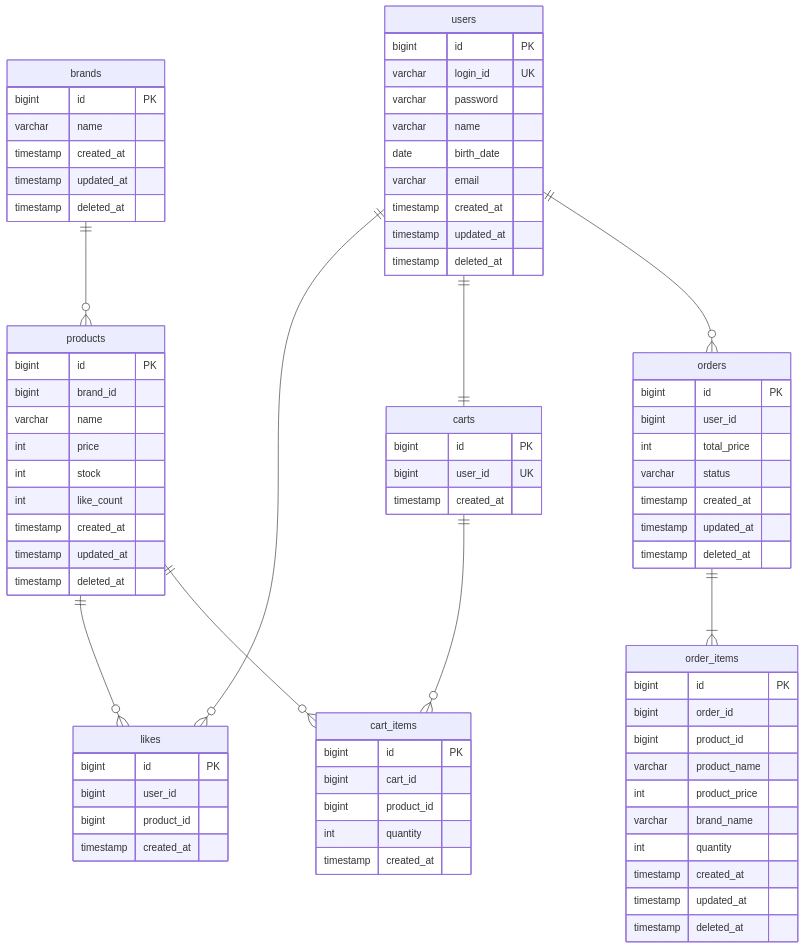
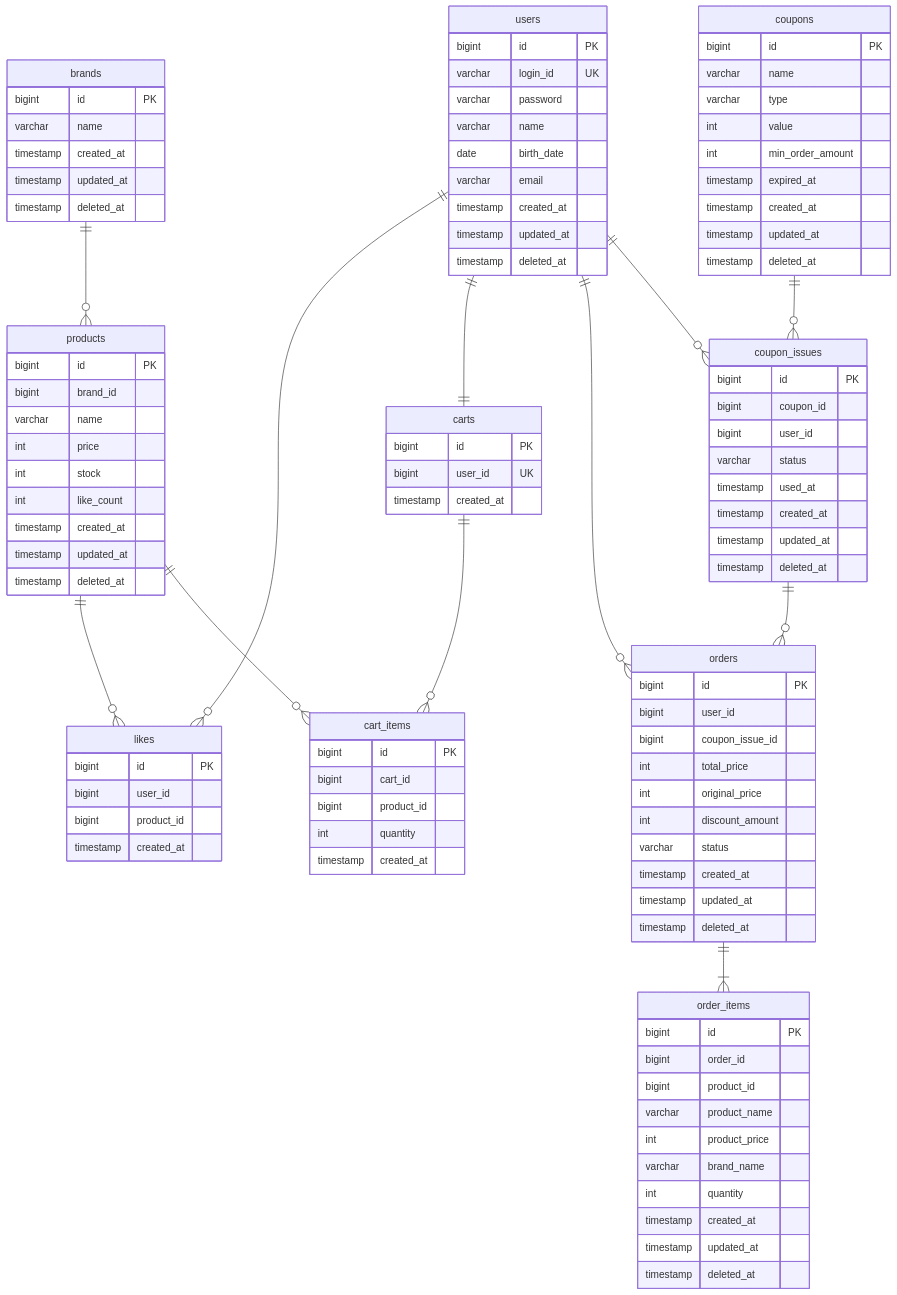
Before and after one commit to Loopers-dev-lab/loop-pack-be-l2-vol3-java: the diagram in .docs/04-erd.md, drawn with Mermaid. The commit also changed other lines of this file and 4 other files, not shown here.

````diff
--- a/.docs/04-erd.md
+++ b/.docs/04-erd.md
@@ -61,10 +61,36 @@
         timestamp created_at
     }
 
+    coupons {
+        bigint id PK
+        varchar name
+        varchar type
+        int value
+        int min_order_amount
+        timestamp expired_at
+        timestamp created_at
+        timestamp updated_at
+        timestamp deleted_at
+    }
+
+    coupon_issues {
+        bigint id PK
+        bigint coupon_id
+        bigint user_id
+        varchar status
+        timestamp used_at
+        timestamp created_at
+        timestamp updated_at
+        timestamp deleted_at
+    }
+
     orders {
         bigint id PK
         bigint user_id
+        bigint coupon_issue_id
         int total_price
+        int original_price
+        int discount_amount
         varchar status
         timestamp created_at
         timestamp updated_at
@@ -92,4 +118,7 @@
     products ||--o{ cart_items : ""
     users ||--o{ orders : ""
     orders ||--|{ order_items : ""
+    coupons ||--o{ coupon_issues : ""
+    users ||--o{ coupon_issues : ""
+    coupon_issues ||--o{ orders : ""
 ```
````
